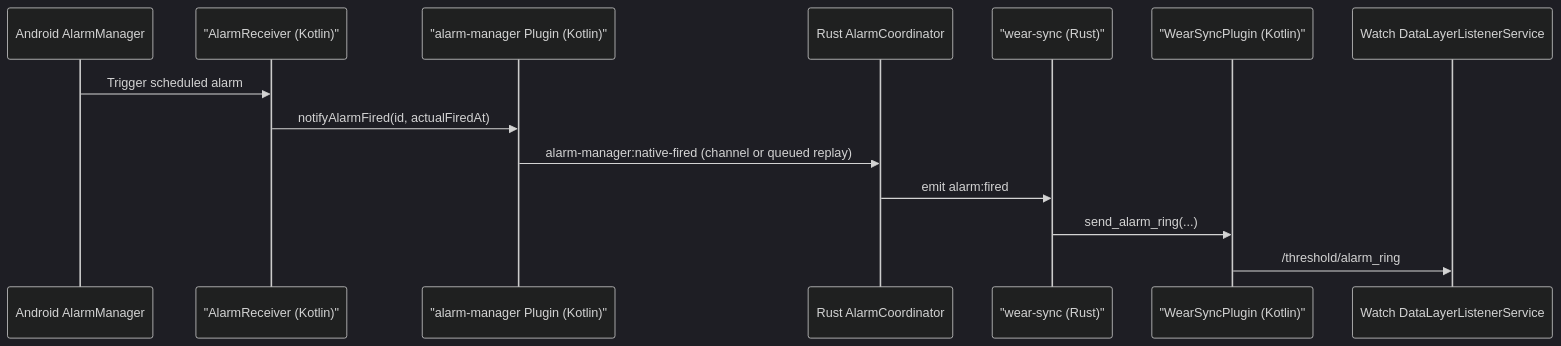
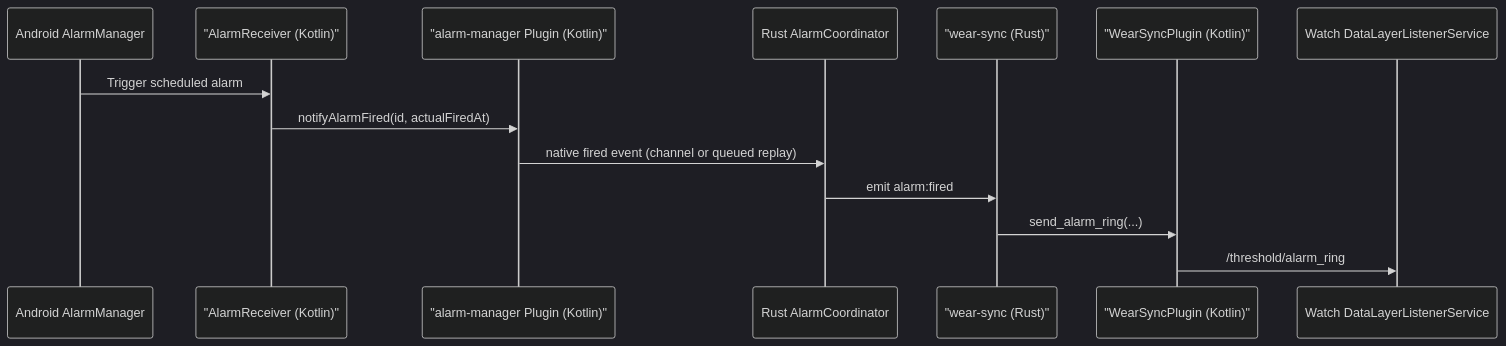
Before and after one commit to liminal-hq/threshold: the diagram in docs/blog/2026-02-26-native-alarm-fired-bridge.md, drawn with Mermaid (dark theme). The commit also changed 1 other file, not shown here.

Commit message:
docs: resolve Mermaid lint warnings in sequence diagrams
**What changed**
- escape inner quotes using `&quot;` in notification architecture sequence messages
- add `deactivate NotifHub` to balance activation flow in the action registration sequence
- simplify one sequence message in the native alarm fired bridge post to avoid Mermaid token ambiguity

**Why**
- remove Mermaid lint warnings so diagram checks stay clean in CI
- keep architecture and blog diagrams stable for contributors and reviewers

````diff
--- a/docs/blog/2026-02-26-native-alarm-fired-bridge.md
+++ b/docs/blog/2026-02-26-native-alarm-fired-bridge.md
@@ -89,17 +89,17 @@
 ```mermaid
 sequenceDiagram
   participant AM as Android AlarmManager
   participant AR as "AlarmReceiver (Kotlin)"
   participant AP as "alarm-manager Plugin (Kotlin)"
   participant RC as Rust AlarmCoordinator
   participant WS as "wear-sync (Rust)"
   participant WK as "WearSyncPlugin (Kotlin)"
   participant WL as Watch DataLayerListenerService
 
   AM->>AR: Trigger scheduled alarm
   AR->>AP: notifyAlarmFired(id, actualFiredAt)
-  AP->>RC: alarm-manager:native-fired (channel or queued replay)
+  AP->>RC: native fired event (channel or queued replay)
   RC->>WS: emit alarm:fired
   WS->>WK: send_alarm_ring(...)
   WK->>WL: /threshold/alarm_ring
 ```
````
